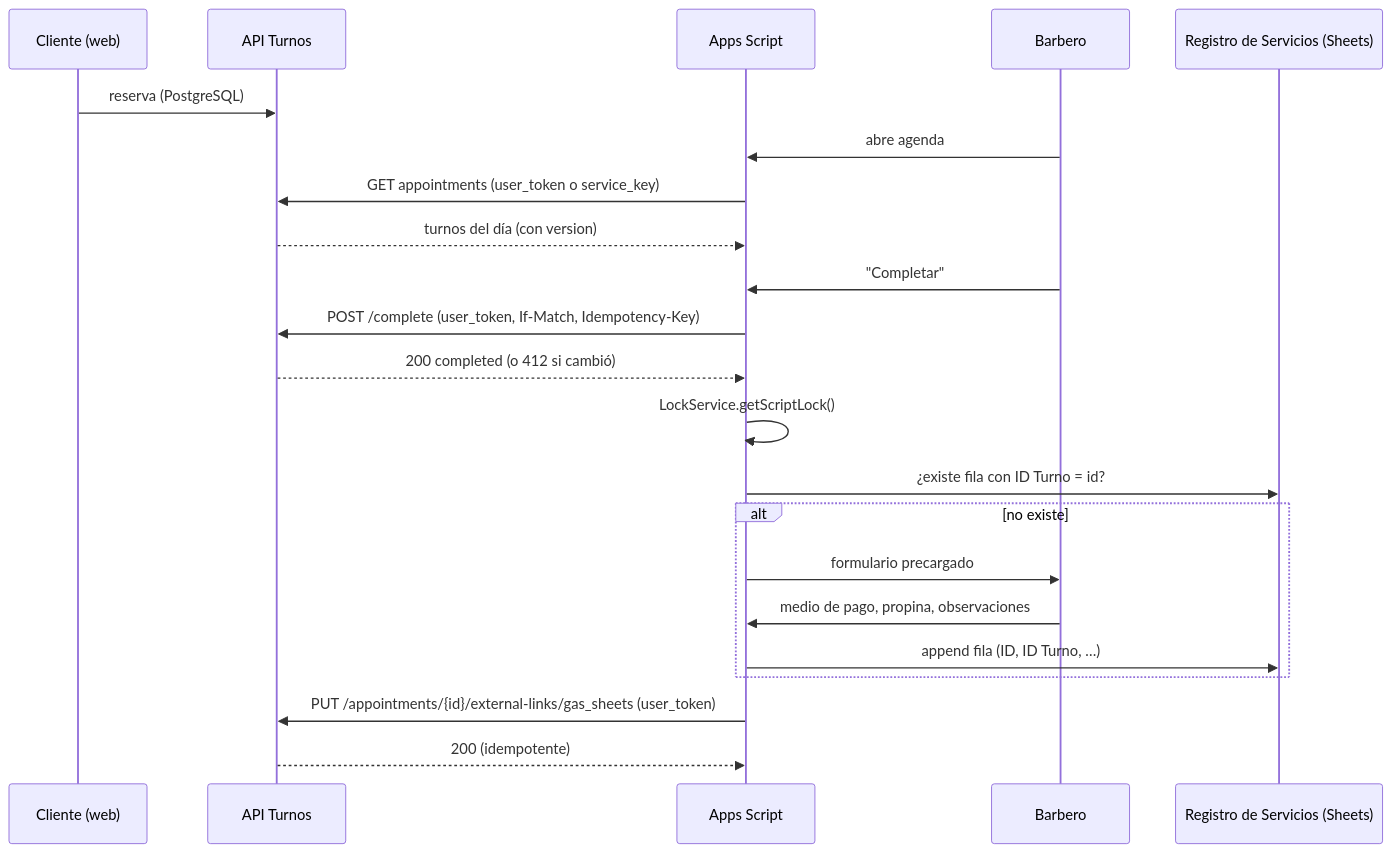
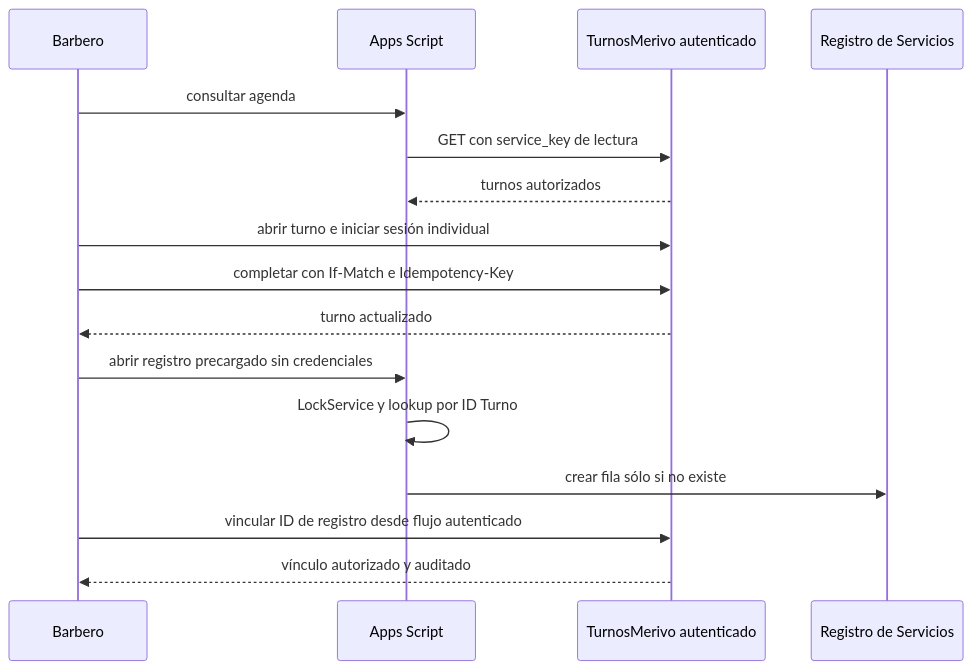
One commit to voviedomontana/TurnosMerivo changed the second of 2 diagrams in docs/07_GOOGLE_APPS_SCRIPT_INTEGRATION.md. Above: the diagram before and after it, drawn with Mermaid. The commit also changed other lines of this file and 304 other files, not shown here.

First line of the commit message:
chore: publish validated TurnosMerivo staging baseline

````diff
--- a/docs/07_GOOGLE_APPS_SCRIPT_INTEGRATION.md
+++ b/docs/07_GOOGLE_APPS_SCRIPT_INTEGRATION.md
@@ -127,24 +116,18 @@
 ```mermaid
 sequenceDiagram
-  participant Web as Cliente (web)
-  participant API as API Turnos
+  participant B as Barbero
   participant G as Apps Script
-  participant B as Barbero
-  participant S as Registro de Servicios (Sheets)
-  Web->>API: reserva (PostgreSQL)
-  B->>G: abre agenda
-  G->>API: GET appointments (user_token o service_key)
-  API-->>G: turnos del día (con version)
-  B->>G: "Completar"
-  G->>API: POST /complete (user_token, If-Match, Idempotency-Key)
-  API-->>G: 200 completed (o 412 si cambió)
-  G->>G: LockService.getScriptLock()
-  G->>S: ¿existe fila con ID Turno = id?
-  alt no existe
-    G->>B: formulario precargado
-    B->>G: medio de pago, propina, observaciones
-    G->>S: append fila (ID, ID Turno, …)
-  end
-  G->>API: PUT /appointments/{id}/external-links/gas_sheets (user_token)
-  API-->>G: 200 (idempotente)
+  participant T as TurnosMerivo autenticado
+  participant S as Registro de Servicios
+  B->>G: consultar agenda
+  G->>T: GET con service_key de lectura
+  T-->>G: turnos autorizados
+  B->>T: abrir turno e iniciar sesión individual
+  B->>T: completar con If-Match e Idempotency-Key
+  T-->>B: turno actualizado
+  B->>G: abrir registro precargado sin credenciales
+  G->>G: LockService y lookup por ID Turno
+  G->>S: crear fila sólo si no existe
+  B->>T: vincular ID de registro desde flujo autenticado
+  T-->>B: vínculo autorizado y auditado
 ```
````
